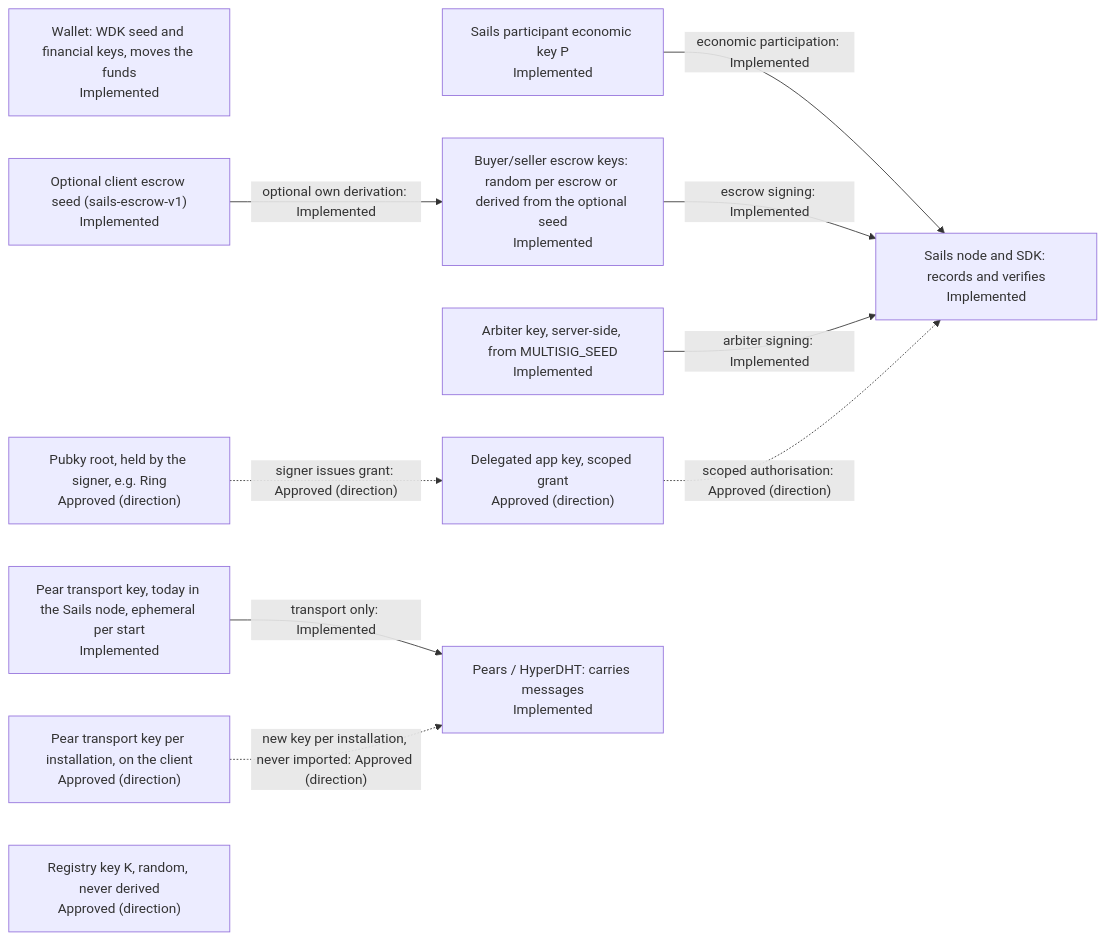
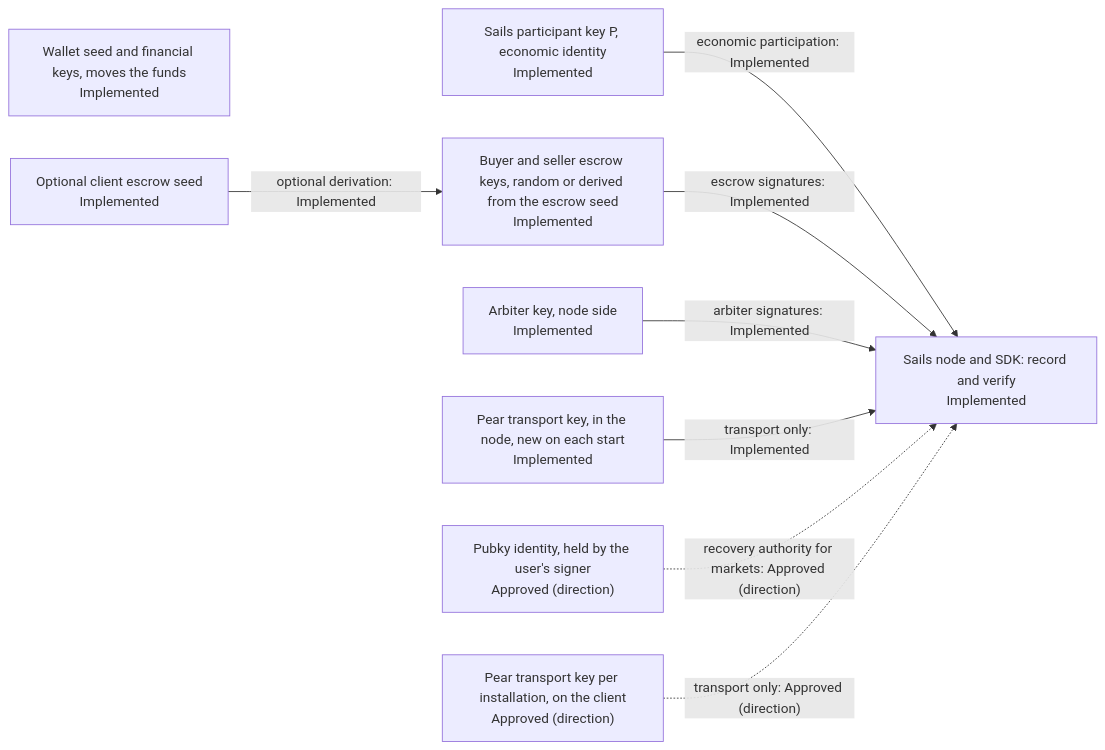
One commit to sails-protocol/Sails-Protocol changed the third of 6 diagrams in docs/SYSTEM_DESIGN.md. Above: the diagram before and after it, drawn with Mermaid. The commit also changed other lines of this file, not shown here.

Commit message:
docs: redraw SYSTEM_DESIGN 14.5 diagrams to match ADR-008 (social data local in first release, escrow-only backup, market recovery by authority)

````diff
--- a/docs/SYSTEM_DESIGN.md
+++ b/docs/SYSTEM_DESIGN.md
@@ -645,23 +643,19 @@
 ```mermaid
 flowchart LR
-  WDK["Wallet: WDK seed and financial keys, moves the funds<br/>Implemented"]
-  P["Sails participant economic key P<br/>Implemented"]
-  ES["Optional client escrow seed (sails-escrow-v1)<br/>Implemented"]
-  EK["Buyer/seller escrow keys: random per escrow or derived from the optional seed<br/>Implemented"]
-  AK["Arbiter key, server-side, from MULTISIG_SEED<br/>Implemented"]
-  PR["Pubky root, held by the signer, e.g. Ring<br/>Approved (direction)"]
-  DK["Delegated app key, scoped grant<br/>Approved (direction)"]
-  PK["Pear transport key, today in the Sails node, ephemeral per start<br/>Implemented"]
+  WDK["Wallet seed and financial keys, moves the funds<br/>Implemented"]
+  P["Sails participant key P, economic identity<br/>Implemented"]
+  ES["Optional client escrow seed<br/>Implemented"]
+  EK["Buyer and seller escrow keys, random or derived from the escrow seed<br/>Implemented"]
+  AK["Arbiter key, node side<br/>Implemented"]
+  PKN["Pear transport key, in the node, new on each start<br/>Implemented"]
   PKI["Pear transport key per installation, on the client<br/>Approved (direction)"]
-  K["Registry key K, random, never derived<br/>Approved (direction)"]
-  N["Sails node and SDK: records and verifies<br/>Implemented"]
-  PEER["Pears / HyperDHT: carries messages<br/>Implemented"]
-  ES -->|"optional own derivation: Implemented"| EK
+  PR["Pubky identity, held by the user's signer<br/>Approved (direction)"]
+  N["Sails node and SDK: record and verify<br/>Implemented"]
+  ES -->|"optional derivation: Implemented"| EK
   P -->|"economic participation: Implemented"| N
-  EK -->|"escrow signing: Implemented"| N
-  AK -->|"arbiter signing: Implemented"| N
-  PK -->|"transport only: Implemented"| PEER
-  PKI -.->|"new key per installation, never imported: Approved (direction)"| PEER
-  PR -.->|"signer issues grant: Approved (direction)"| DK
-  DK -.->|"scoped authorisation: Approved (direction)"| N
+  EK -->|"escrow signatures: Implemented"| N
+  AK -->|"arbiter signatures: Implemented"| N
+  PKN -->|"transport only: Implemented"| N
+  PR -.->|"recovery authority for markets: Approved (direction)"| N
+  PKI -.->|"transport only: Approved (direction)"| N
 ```
````
